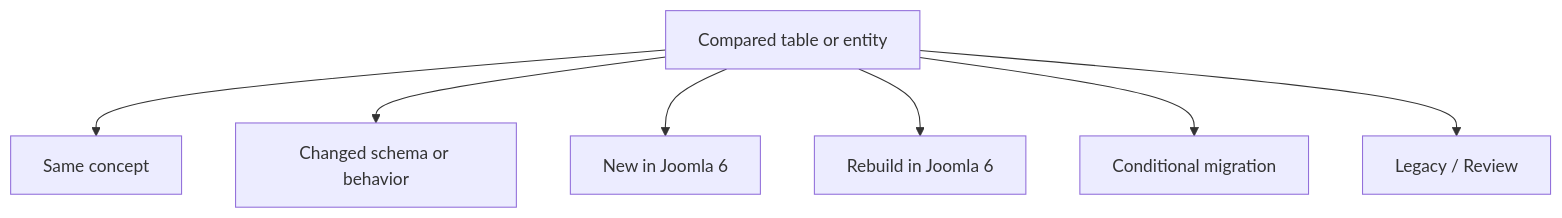
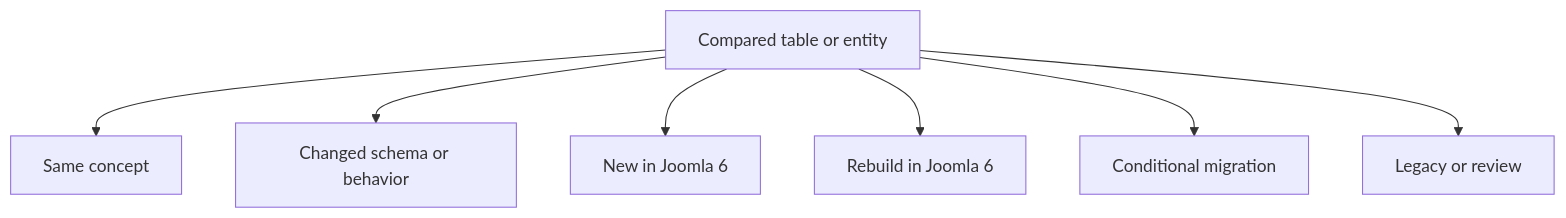
Before and after one commit to duyduyly/php-notebook: the first of 15 diagrams in docs/joomla/learning/database/joomla3-vs-joomla6-erd-gap-diagrams.md, drawn with Mermaid. The commit also changed other lines of this file, not shown here.

Commit message:
docs: fix Mermaid ERD gaps and add side-by-side table comparisons

````diff
--- a/docs/joomla/learning/database/joomla3-vs-joomla6-erd-gap-diagrams.md
+++ b/docs/joomla/learning/database/joomla3-vs-joomla6-erd-gap-diagrams.md
@@ -52,11 +53,10 @@
 ```mermaid
 flowchart TB
     ENTITY["Compared table or entity"]
-
     ENTITY --> SAME["Same concept"]
     ENTITY --> CHANGED["Changed schema or behavior"]
     ENTITY --> NEW["New in Joomla 6"]
     ENTITY --> REBUILD["Rebuild in Joomla 6"]
     ENTITY --> CONDITIONAL["Conditional migration"]
-    ENTITY --> LEGACY["Legacy / Review"]
+    ENTITY --> LEGACY["Legacy or review"]
 ```
````
